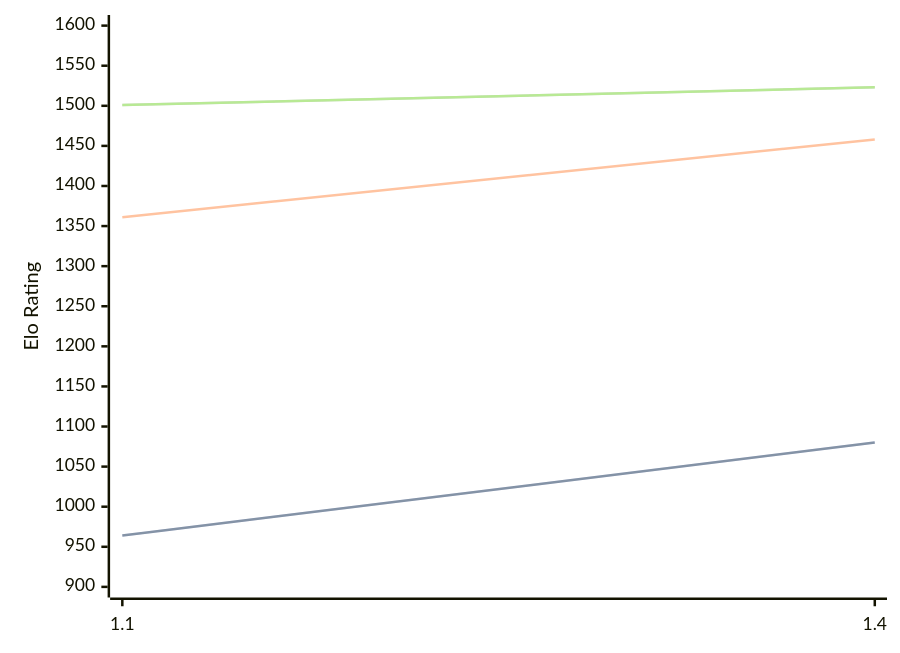
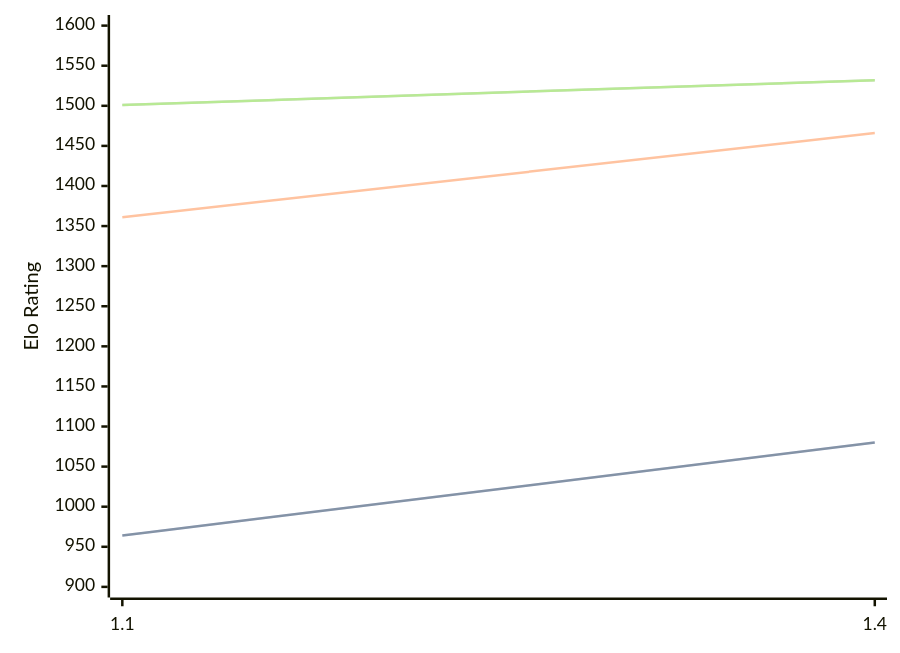
Before and after one commit to computer-chess-index/cci: the diagram in engines/USunfish.md, drawn with Mermaid. The commit also changed other lines of this file, not shown here.

Commit message:
Update CCI Ratings (ELO VLTC) - 2026-09-21

````diff
--- a/engines/USunfish.md
+++ b/engines/USunfish.md
@@ -37,11 +37,11 @@
 ```mermaid
 %%{init: {"theme":"base","themeVariables":{"seriesColors:['#a3a3a3','#222221','#faa371']}}}%%
 xychart-beta
   x-axis ["1.1", "1.4"]
   y-axis "Elo Rating" 900 --> 1600
   line "" [964, 1080]
   line "STC (8.0+0.08s)" [964, 1080]
-  line "LTC (60.0+0.60s)" [1361, 1458]
-  line "" [1501, 1523]
-  line "VLTC (2m24s+1.12s)" [1501, 1523]
+  line "LTC (60.0+0.60s)" [1361, 1466]
+  line "" [1501, 1532]
+  line "VLTC (2m24s+1.12s)" [1501, 1532]
 ```
````
